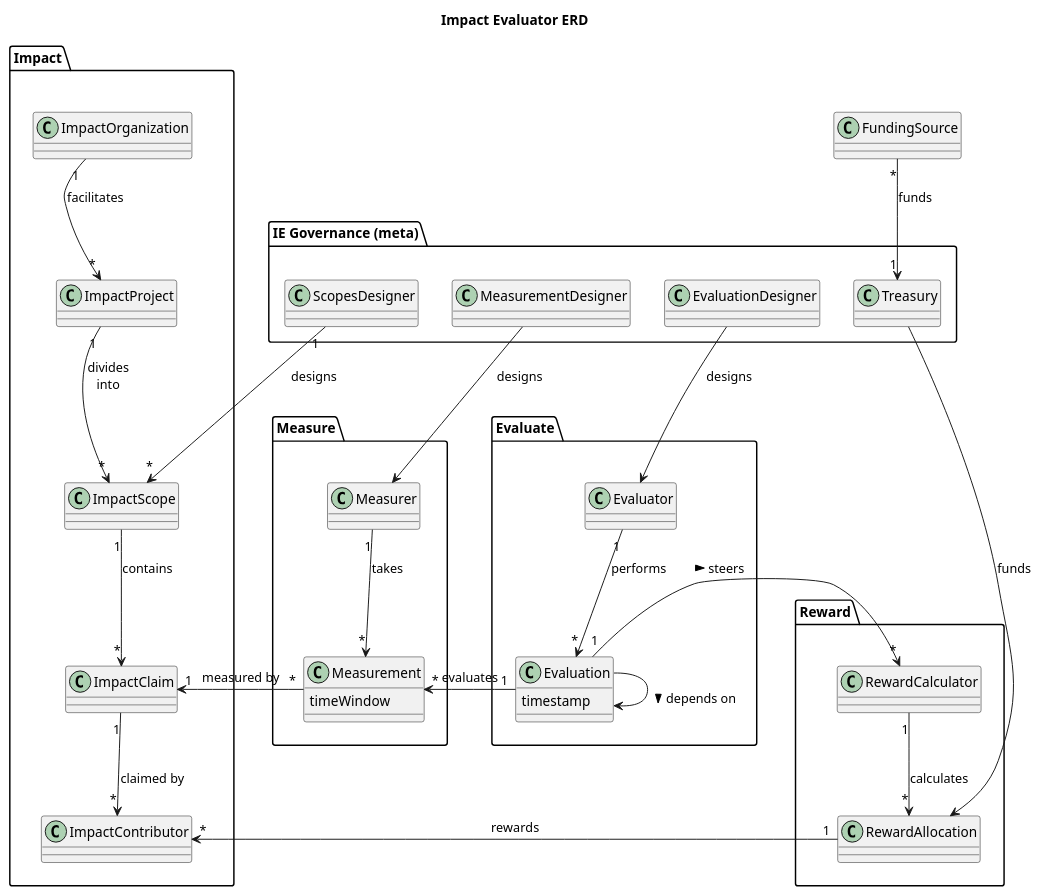
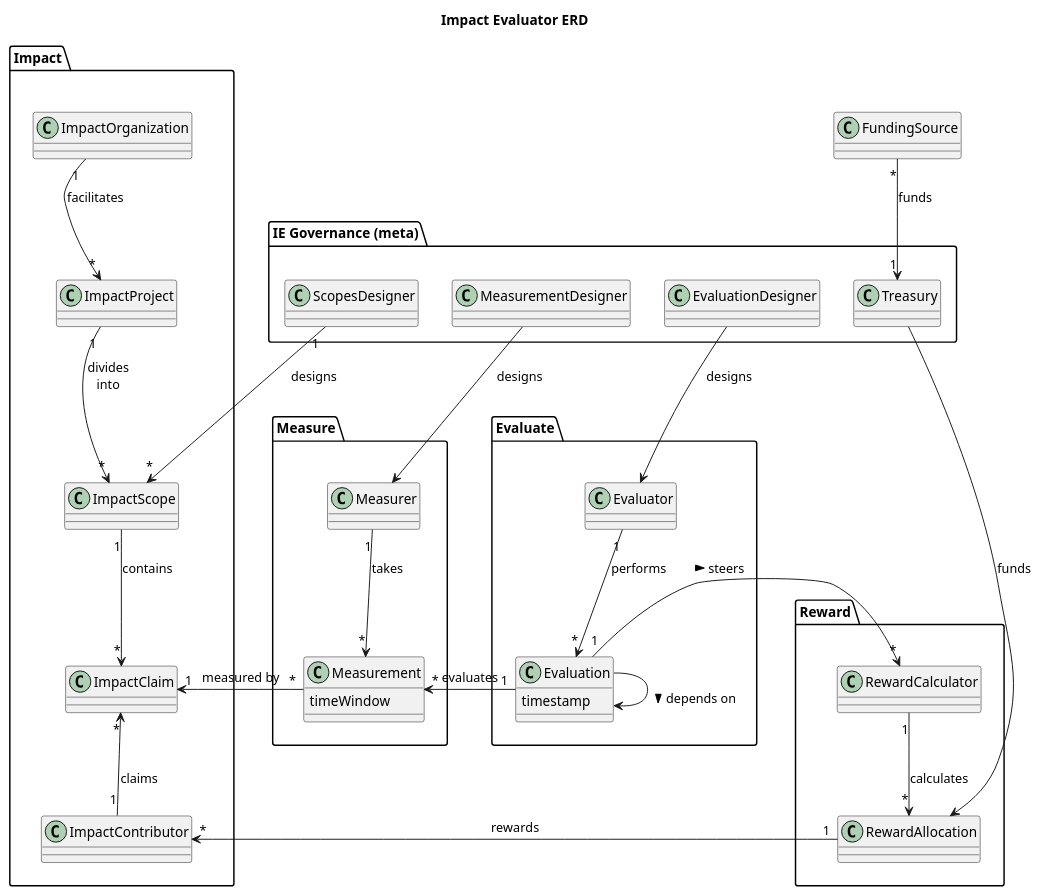
Before and after one commit to aspiers/ImpactEvaluators: the diagram in ERD.puml, drawn with PlantUML.

Commit message:
reverse ImpactClaim arrow

```diff
--- a/ERD.puml
+++ b/ERD.puml
@@ -1,72 +1,72 @@
 @startuml "Impact Evaluator ERD"
 title "Impact Evaluator ERD"
 
 'skinparam linetype ortho
 
 package "IE Governance (meta)" as IEGovernance {
     class ScopesDesigner {}
     class MeasurementDesigner {}
     class EvaluationDesigner {}
     class Treasury {}
 
     'ScopesDesigner -d[hidden]-> MeasurementDesigner
     MeasurementDesigner -r[hidden]-> EvaluationDesigner
     EvaluationDesigner -r[hidden]-> Treasury
 }
 
 package Impact {
     class ImpactOrganization {}
     class ImpactProject {}
     class ImpactScope {}
     class ImpactClaim {}
     class ImpactContributor {}
 
     ImpactOrganization "1" -d-> "*" ImpactProject : facilitates
     ImpactProject "1" -d-> "*" ImpactScope : divides\ninto
     ImpactScope "1" -d-> "*" ImpactClaim : contains
-    ImpactClaim "1" -d-> "*" ImpactContributor : claimed by
+    ImpactContributor "1" -u-> "*" ImpactClaim : claims
 }
 
 package Measure {
     class Measurement {
         timeWindow
     }
     class Measurer {}
 
     Measurement "*" -l-> "1" ImpactClaim : measured by
     Measurer "1" --> "*" Measurement : takes
 }
 
 package Evaluate {
     class Evaluation {
         timestamp
     }
     class Evaluator {}
 
     Evaluator "1" -d-> "*" Evaluation : performs
     Evaluation "1" -l-> "*" Measurement : evaluates
     Evaluation --> Evaluation : "\n> depends on"
 }
 
 package Reward {
     class RewardCalculator {}
     class RewardAllocation {}
 
     RewardCalculator "1" --> "*" RewardAllocation : calculates
 }
 
 Impact -r[hidden]--> Measure
 Evaluate -r[hidden]--> Reward
 Measurement -r[hidden]--> Evaluation
 Evaluation -r[hidden]--> RewardCalculator
 
 ScopesDesigner "1" --> "*" ImpactScope : designs
 Treasury -r--> RewardAllocation : funds
 MeasurementDesigner --> Measurer : designs
 EvaluationDesigner --> Evaluator : designs
 Evaluation "1" -r-> "*" RewardCalculator : steers >
 RewardAllocation "1" --[norank]-> "*" ImpactContributor : rewards
 
 FundingSource "*" -d-> "1" Treasury : funds
 
 @enduml
```
